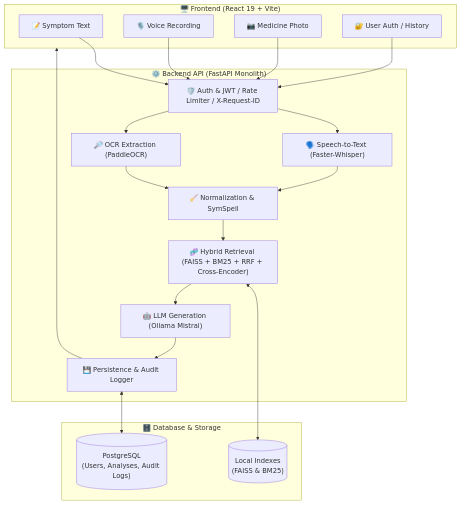
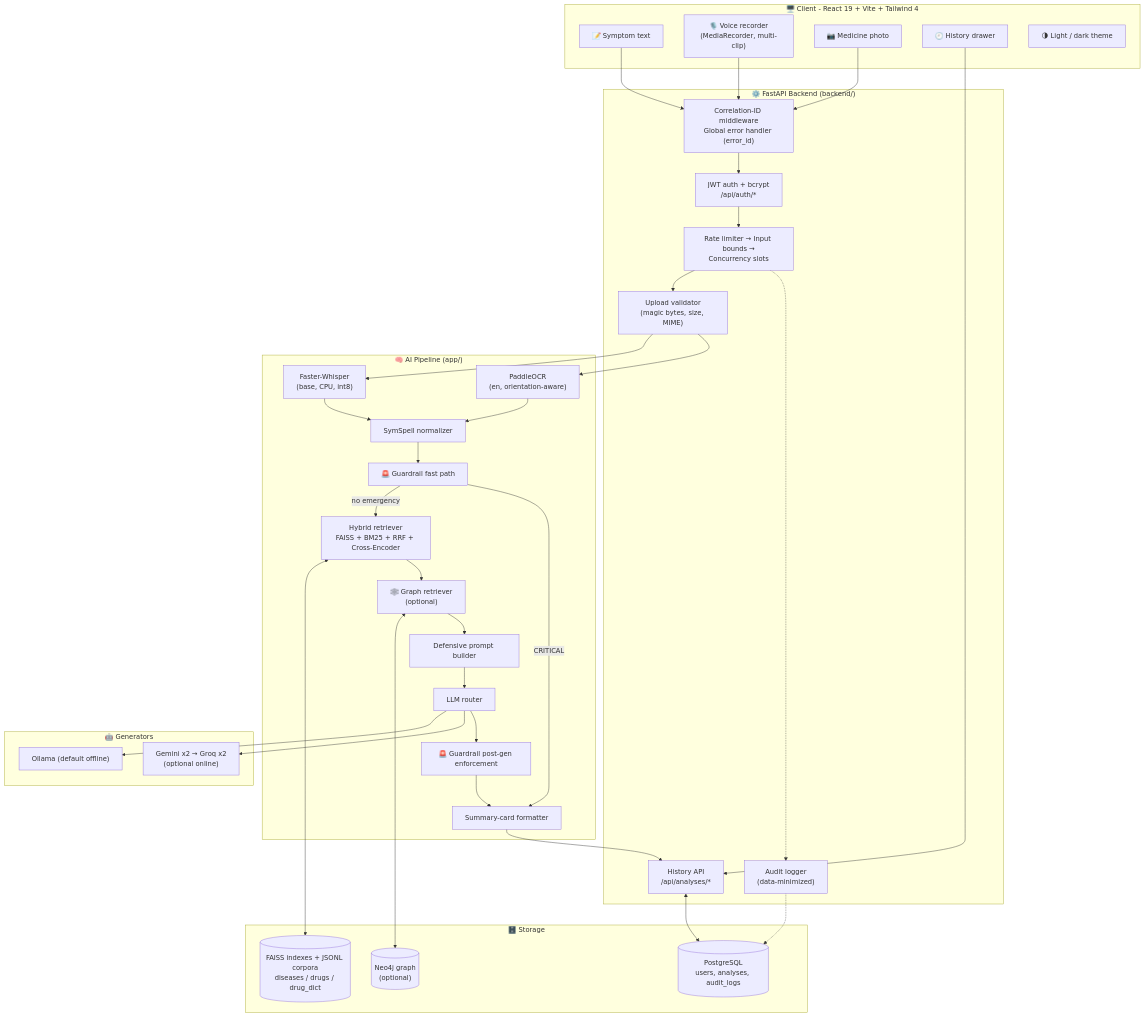
One commit to djcode0718/MediscanAI changed the first of 11 diagrams in README.md. Above: the diagram before and after it, drawn with Mermaid. The commit also changed other lines of this file and 1 other file, not shown here.

Commit message:
docs: update README with comprehensive features and architecture overview

````diff
--- a/README.md
+++ b/README.md
@@ -59,32 +117,60 @@
 ```mermaid
 flowchart TB
-    subgraph Client["🖥️ Frontend (React 19 + Vite)"]
-        A1["📝 Symptom Text"]
-        A2["🎙️ Voice Recording"]
-        A3["📷 Medicine Photo"]
-        A4["🔐 User Auth / History"]
+    subgraph CLIENT["🖥️ Client - React 19 + Vite + Tailwind 4"]
+        UI1["📝 Symptom text"]
+        UI2["🎙️ Voice recorder<br/>(MediaRecorder, multi-clip)"]
+        UI3["📷 Medicine photo"]
+        UI4["🕘 History drawer"]
+        UI5["🌗 Light / dark theme"]
     end
 
-    subgraph Backend["⚙️ Backend API (FastAPI Monolith)"]
-        B0["🛡️ Auth & JWT / Rate Limiter / X-Request-ID"]
-        B1["🗣️ Speech-to-Text (Faster-Whisper)"]
-        B2["🔎 OCR Extraction (PaddleOCR)"]
-        B3["🧹 Normalization & SymSpell"]
-        B4["🧬 Hybrid Retrieval (FAISS + BM25 + RRF + Cross-Encoder)"]
-        B5["🤖 LLM Generation (Ollama Mistral)"]
-        B6["💾 Persistence & Audit Logger"]
+    subgraph API["⚙️ FastAPI Backend (backend/)"]
+        MW["Correlation-ID middleware<br/>Global error handler (error_id)"]
+        AUTH["JWT auth + bcrypt<br/>/api/auth/*"]
+        GATE["Rate limiter → Input bounds →<br/>Concurrency slots"]
+        UPV["Upload validator<br/>(magic bytes, size, MIME)"]
+        HIST["History API<br/>/api/analyses/*"]
+        AUD["Audit logger<br/>(data-minimized)"]
     end
 
-    subgraph Storage["🗄️ Database & Storage"]
-        DB[("PostgreSQL\n(Users, Analyses, Audit Logs)")]
-        IDX[("Local Indexes\n(FAISS & BM25)")]
+    subgraph AI["🧠 AI Pipeline (app/)"]
+        STT["Faster-Whisper<br/>(base, CPU, int8)"]
+        OCR["PaddleOCR<br/>(en, orientation-aware)"]
+        NORM["SymSpell normalizer"]
+        G1["🚨 Guardrail fast path"]
+        RET["Hybrid retriever<br/>FAISS + BM25 + RRF + Cross-Encoder"]
+        GR["🕸️ Graph retriever<br/>(optional)"]
+        PR["Defensive prompt builder"]
+        LLM["LLM router"]
+        G2["🚨 Guardrail post-gen enforcement"]
+        FMT["Summary-card formatter"]
     end
 
-    A1 & A2 & A3 & A4 --> B0
-    B0 --> B1 & B2 --> B3 --> B4
-    B4 <--> IDX
-    B4 --> B5
-    B5 --> B6
-    B6 <--> DB
-    B6 --> Client
+    subgraph LLMS["🤖 Generators"]
+        OLL["Ollama (default offline)"]
+        ONL["Gemini x2 → Groq x2<br/>(optional online)"]
+    end
+
+    subgraph DATA["🗄️ Storage"]
+        PG[("PostgreSQL<br/>users, analyses, audit_logs")]
+        IDX[("FAISS indexes + JSONL corpora<br/>diseases / drugs / drug_dict")]
+        N4J[("Neo4j graph<br/>(optional)")]
+    end
+
+    UI1 & UI2 & UI3 --> MW --> AUTH --> GATE --> UPV
+    UPV --> STT & OCR
+    STT & OCR --> NORM --> G1
+    G1 -- "no emergency" --> RET
+    G1 -- "CRITICAL" --> FMT
+    RET <--> IDX
+    RET --> GR
+    GR <--> N4J
+    GR --> PR --> LLM
+    LLM --> OLL & ONL
+    LLM --> G2 --> FMT
+    FMT --> HIST
+    HIST <--> PG
+    GATE -.-> AUD
+    AUD -.-> PG
+    UI4 --> HIST
 ```
````
